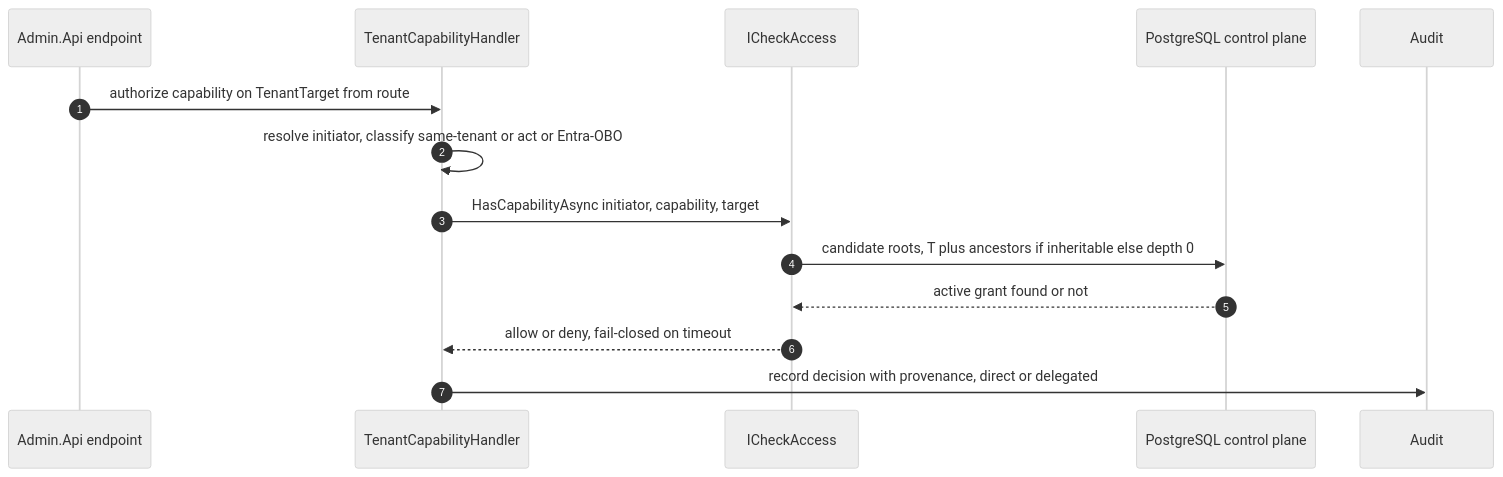
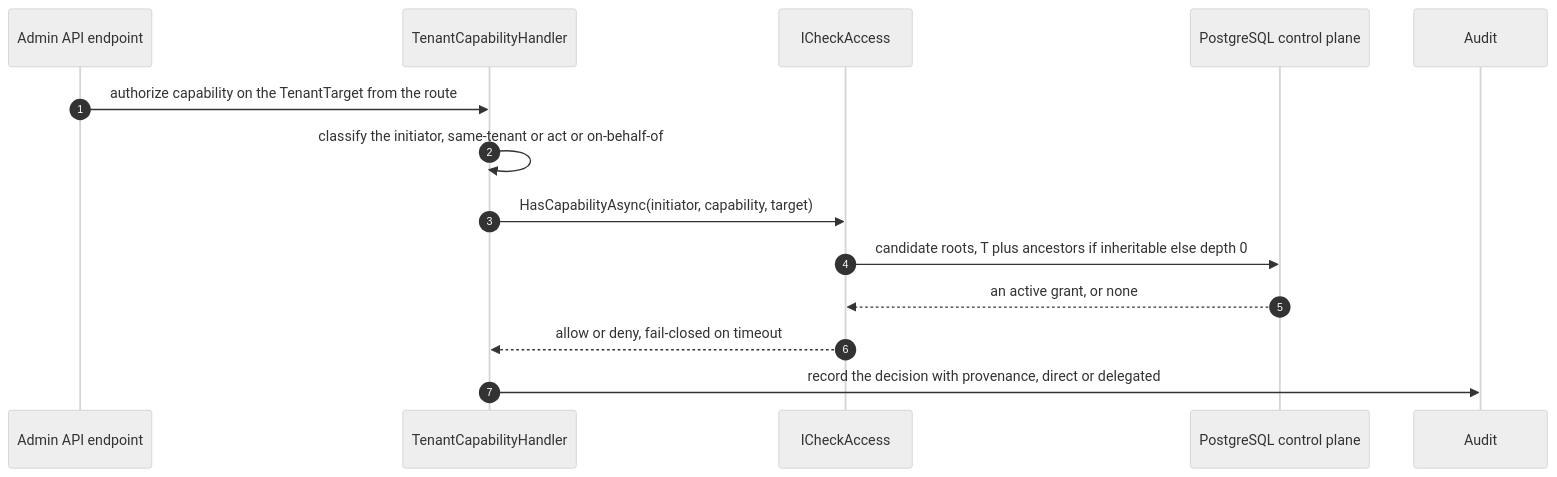
The third of 5 diagrams in docs/design/07-authorization.md (namphuongtran/nami), drawn with Mermaid (neutral theme) before and after one commit. The commit also changed other lines of this file and 1 other file, not shown here.

````diff
--- a/docs/design/07-authorization.md
+++ b/docs/design/07-authorization.md
@@ -233,16 +308,16 @@
 ```mermaid
 sequenceDiagram
   autonumber
-  participant API as Admin.Api endpoint
+  participant API as Admin API endpoint
   participant H as TenantCapabilityHandler
   participant CA as ICheckAccess
   participant DB as PostgreSQL control plane
   participant AL as Audit
-  API->>H: authorize capability on TenantTarget from route
-  H->>H: resolve initiator, classify same-tenant or act or Entra-OBO
-  H->>CA: HasCapabilityAsync initiator, capability, target
+  API->>H: authorize capability on the TenantTarget from the route
+  H->>H: classify the initiator, same-tenant or act or on-behalf-of
+  H->>CA: HasCapabilityAsync(initiator, capability, target)
   CA->>DB: candidate roots, T plus ancestors if inheritable else depth 0
-  DB-->>CA: active grant found or not
+  DB-->>CA: an active grant, or none
   CA-->>H: allow or deny, fail-closed on timeout
-  H->>AL: record decision with provenance, direct or delegated
+  H->>AL: record the decision with provenance, direct or delegated
 ```
````
